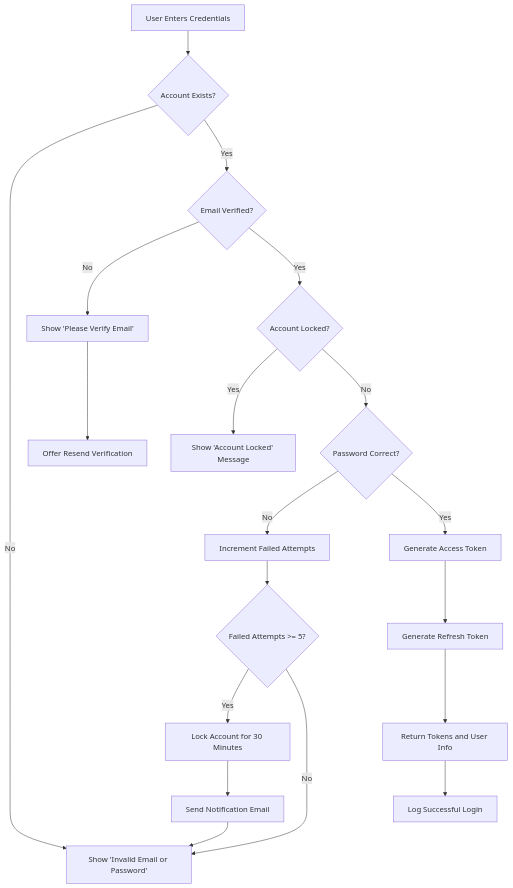
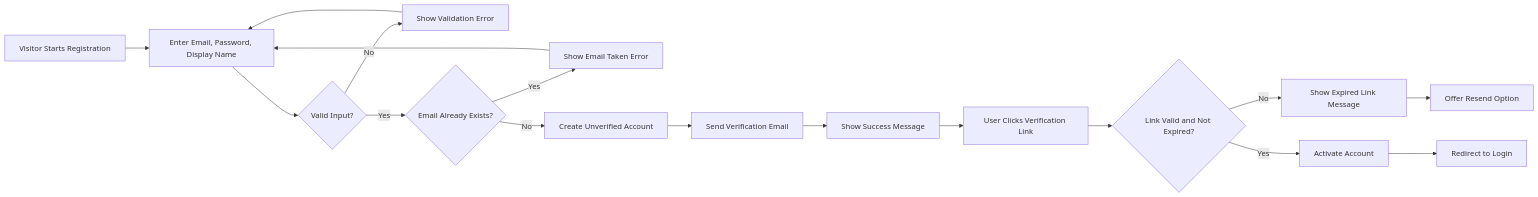
Before and after one commit to wrtnlabs/autobe-examples: the second of 4 diagrams in anthropic/claude-sonnet-4.5/bbs/docs/analysis/02-user-actors-authentication.md, drawn with Mermaid. The commit also changed other lines of this file and 3569 other files, not shown here.

````diff
--- a/anthropic/claude-sonnet-4.5/bbs/docs/analysis/02-user-actors-authentication.md
+++ b/anthropic/claude-sonnet-4.5/bbs/docs/analysis/02-user-actors-authentication.md
@@ -397,21 +233,19 @@
 ```mermaid
-graph TD
-    A["User Enters Credentials"] --> B{"Account Exists?"}
-    B -->|"No"| C["Show 'Invalid Email or Password'"]
-    B -->|"Yes"| D{"Email Verified?"}
-    D -->|"No"| E["Show 'Please Verify Email'"]
-    E --> F["Offer Resend Verification"]
-    D -->|"Yes"| G{"Account Locked?"}
-    G -->|"Yes"| H["Show 'Account Locked' Message"]
-    G -->|"No"| I{"Password Correct?"}
-    I -->|"No"| J["Increment Failed Attempts"]
-    J --> K{"Failed Attempts >= 5?"}
-    K -->|"Yes"| L["Lock Account for 30 Minutes"]
-    L --> M["Send Notification Email"]
-    M --> C
-    K -->|"No"| C
-    I -->|"Yes"| N["Generate Access Token"]
-    N --> O["Generate Refresh Token"]
-    O --> P["Return Tokens and User Info"]
-    P --> Q["Log Successful Login"]
+graph LR
+    A["Visitor Starts Registration"] --> B["Enter Email, Password, Display Name"]
+    B --> C{"Valid Input?"}
+    C -->|"No"| D["Show Validation Error"]
+    D --> B
+    C -->|"Yes"| E{"Email Already Exists?"}
+    E -->|"Yes"| F["Show Email Taken Error"]
+    F --> B
+    E -->|"No"| G["Create Unverified Account"]
+    G --> H["Send Verification Email"]
+    H --> I["Show Success Message"]
+    I --> J["User Clicks Verification Link"]
+    J --> K{"Link Valid and Not Expired?"}
+    K -->|"No"| L["Show Expired Link Message"]
+    L --> M["Offer Resend Option"]
+    K -->|"Yes"| N["Activate Account"]
+    N --> O["Redirect to Login"]
 ```
````
